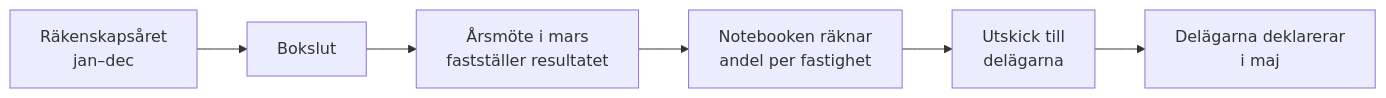
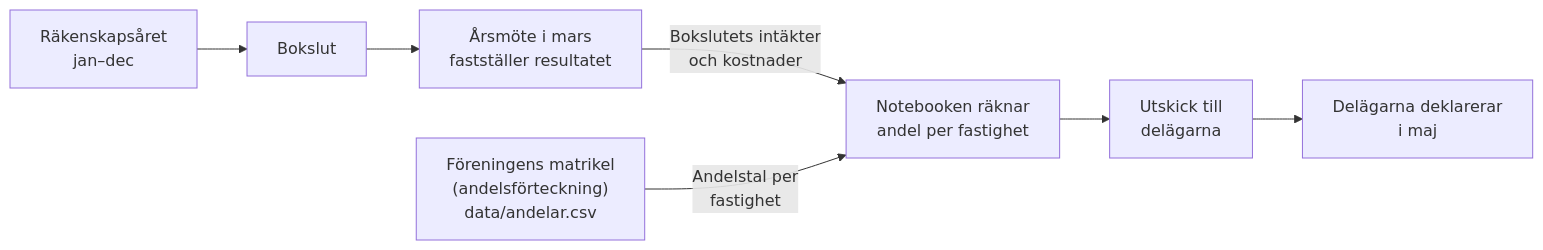
The first of 2 diagrams in README.md (HuggeK/beskattningFVOF), drawn with Mermaid before and after one commit. The commit also changed other lines of this file and 2 other files, not shown here.

First line of the commit message:
Matrikel i Årets gång och körning i webbläsaren via Binder

````diff
--- a/README.md
+++ b/README.md
@@ -94,8 +94,9 @@
 ```mermaid
 flowchart LR
     A["Räkenskapsåret<br/>jan–dec"] --> B["Bokslut"]
     B --> C["Årsmöte i mars<br/>fastställer resultatet"]
-    C --> D["Notebooken räknar<br/>andel per fastighet"]
+    C -->|"Bokslutets intäkter<br/>och kostnader"| D["Notebooken räknar<br/>andel per fastighet"]
+    M["Föreningens matrikel<br/>(andelsförteckning)<br/>data/andelar.csv"] -->|"Andelstal per<br/>fastighet"| D
     D --> E["Utskick till<br/>delägarna"]
     E --> F["Delägarna deklarerar<br/>i maj"]
 ```
````
